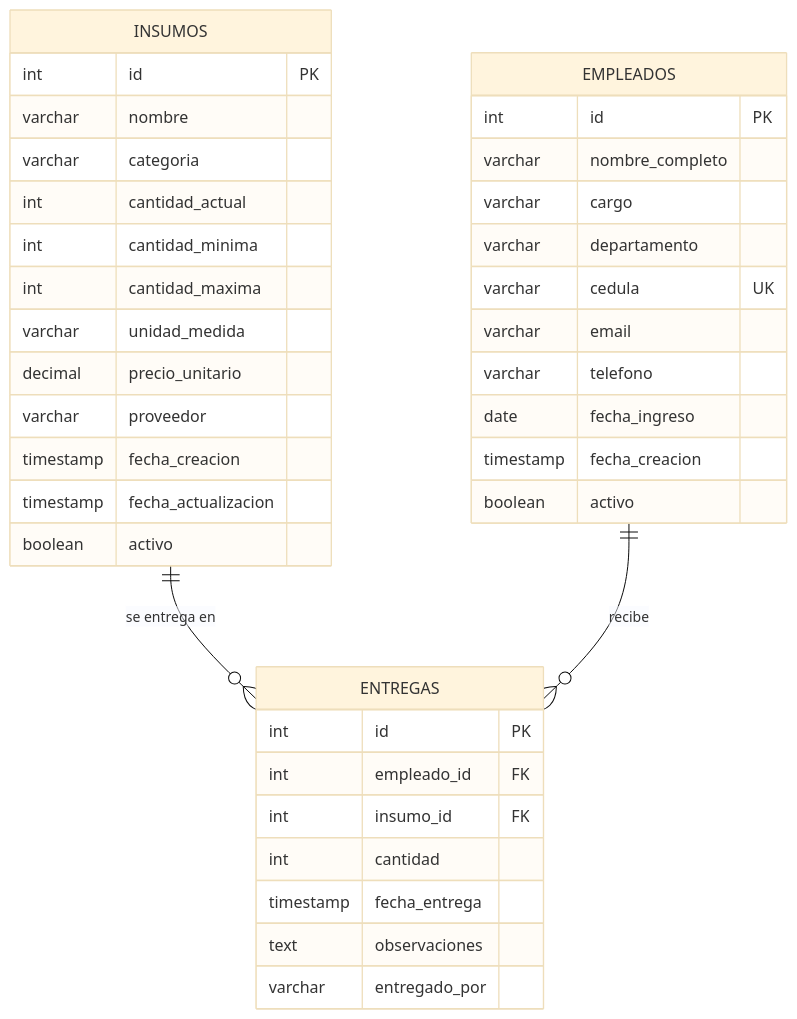
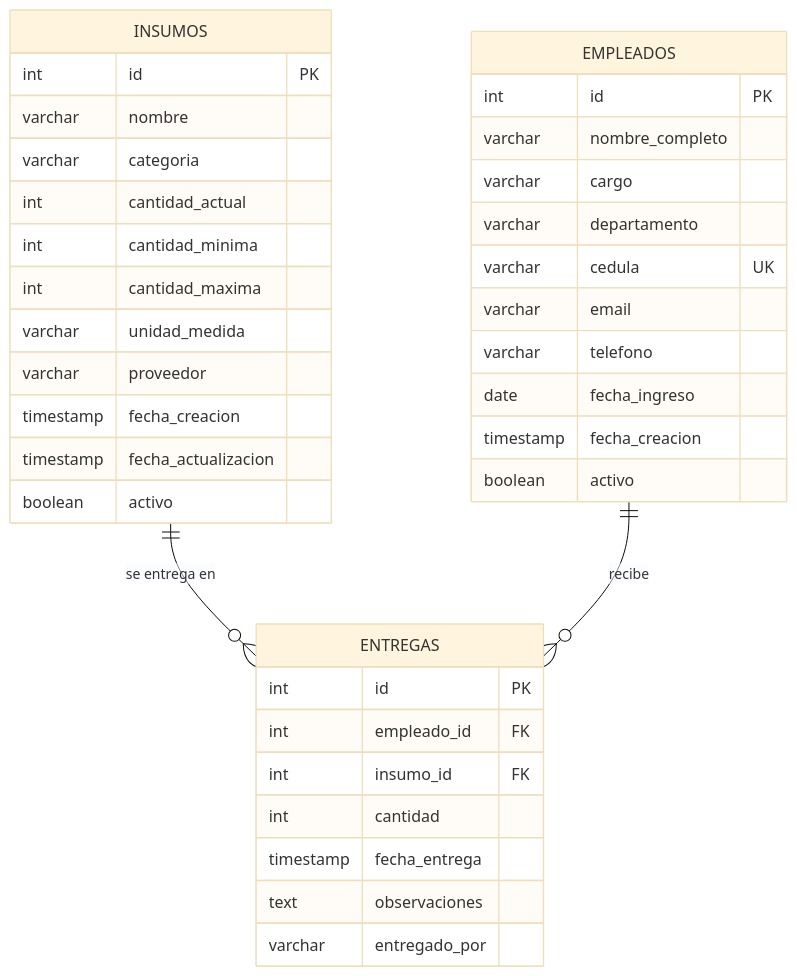
The second of 7 diagrams in architectural_diagrams.md (freyderperez/DelegInsumos), drawn with Mermaid (base theme) before and after one commit. The commit also changed other lines of this file and 37 other files, not shown here.

````diff
--- a/architectural_diagrams.md
+++ b/architectural_diagrams.md
@@ -71,43 +71,42 @@
 ```mermaid
 erDiagram
     INSUMOS {
         int id PK
         varchar nombre
         varchar categoria
         int cantidad_actual
         int cantidad_minima
         int cantidad_maxima
         varchar unidad_medida
-        decimal precio_unitario
         varchar proveedor
         timestamp fecha_creacion
         timestamp fecha_actualizacion
         boolean activo
     }
     
     EMPLEADOS {
         int id PK
         varchar nombre_completo
         varchar cargo
         varchar departamento
         varchar cedula UK
         varchar email
         varchar telefono
         date fecha_ingreso
         timestamp fecha_creacion
         boolean activo
     }
     
     ENTREGAS {
         int id PK
         int empleado_id FK
         int insumo_id FK
         int cantidad
         timestamp fecha_entrega
         text observaciones
         varchar entregado_por
     }
     
     INSUMOS ||--o{ ENTREGAS : "se entrega en"
     EMPLEADOS ||--o{ ENTREGAS : "recibe"
 ```
````
